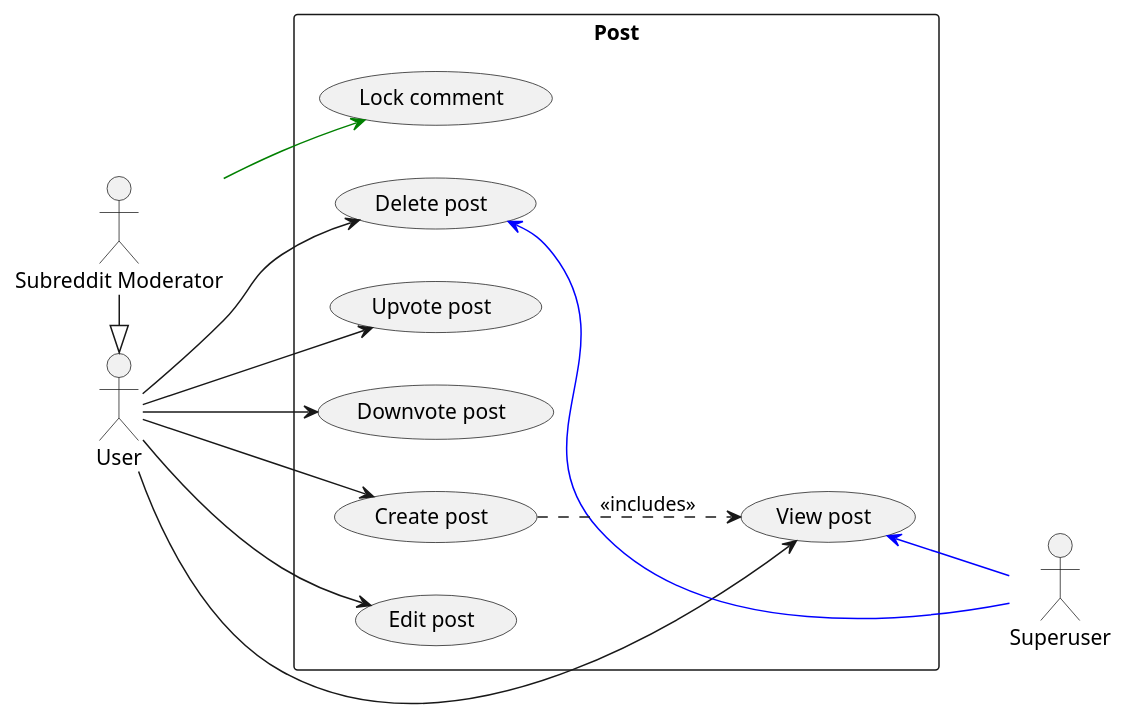
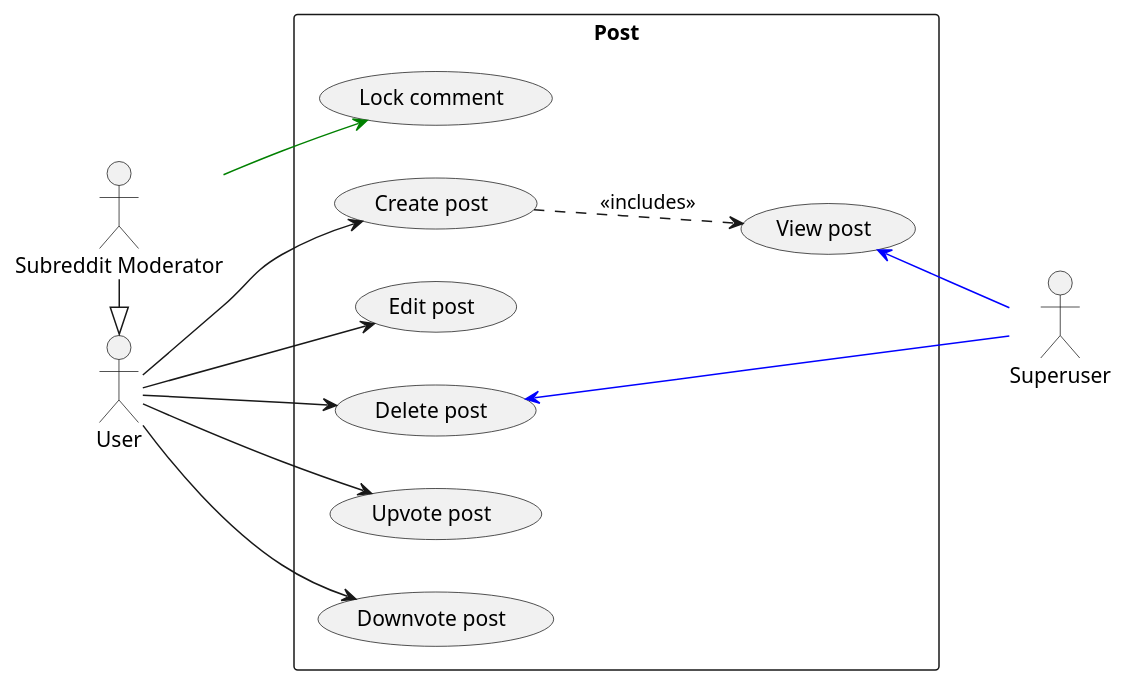
The diagram in use_case_post.puml (Huy-Ngo/reddit-design), drawn with PlantUML before and after one commit. The commit also changed 1 other file, not shown here.

```diff
--- a/use_case_post.puml
+++ b/use_case_post.puml
@@ -1,35 +1,34 @@
 @startuml
 skinparam packageStyle rectangle
 left to right direction
 actor "User" as user
 actor "Subreddit Moderator" as mod
 actor "Superuser" as su
 mod -|> user
 
 rectangle Post as post {
   usecase "Create post" as post_create
   usecase "View post" as post_read
   usecase "Edit post" as post_update
   usecase "Delete post" as post_delete
 
   usecase "Upvote post" as post_up
   usecase "Downvote post" as post_down
   usecase "Lock comment" as post_lock
 }
 
 user --> post_create
-user --> post_read
 user --> post_update
 user --> post_delete
 
 user --> post_up
 user --> post_down
 
 mod -[#green]-> post_lock
 
 post_read   <-[#blue]- su
 post_delete <-[#blue]- su
 
 post_create ..> post_read : <<includes>>
 
 @enduml
```
